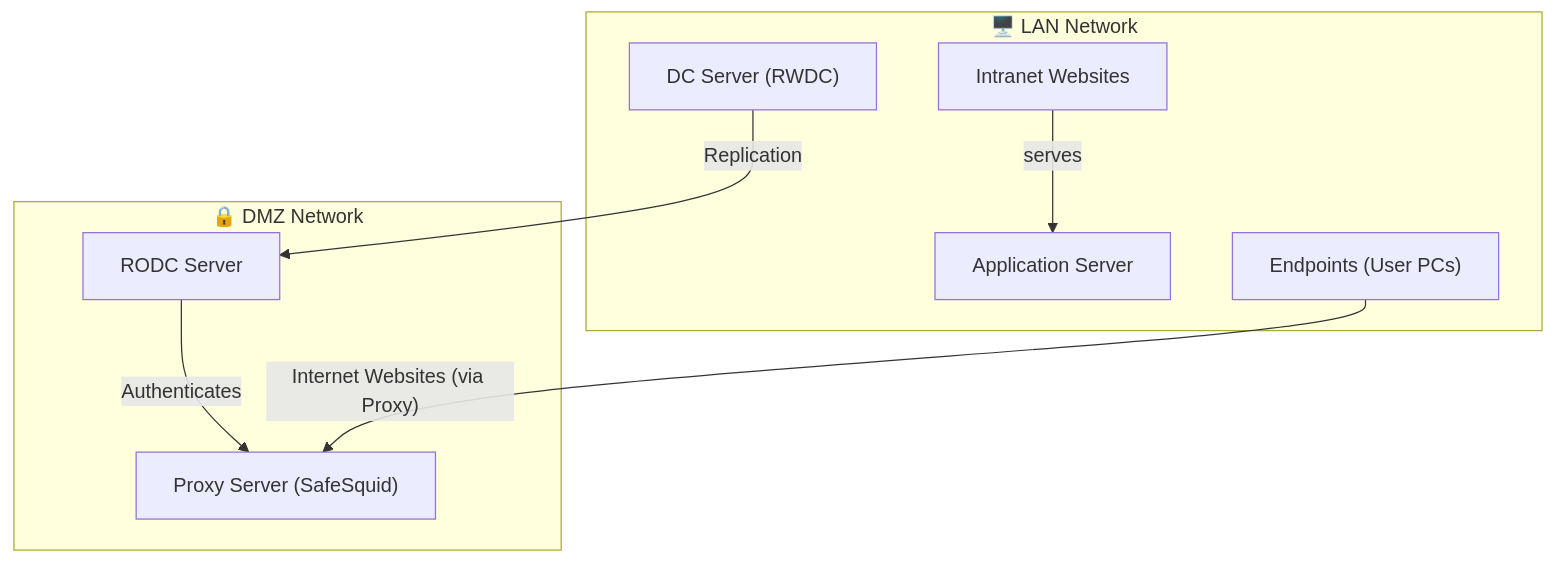
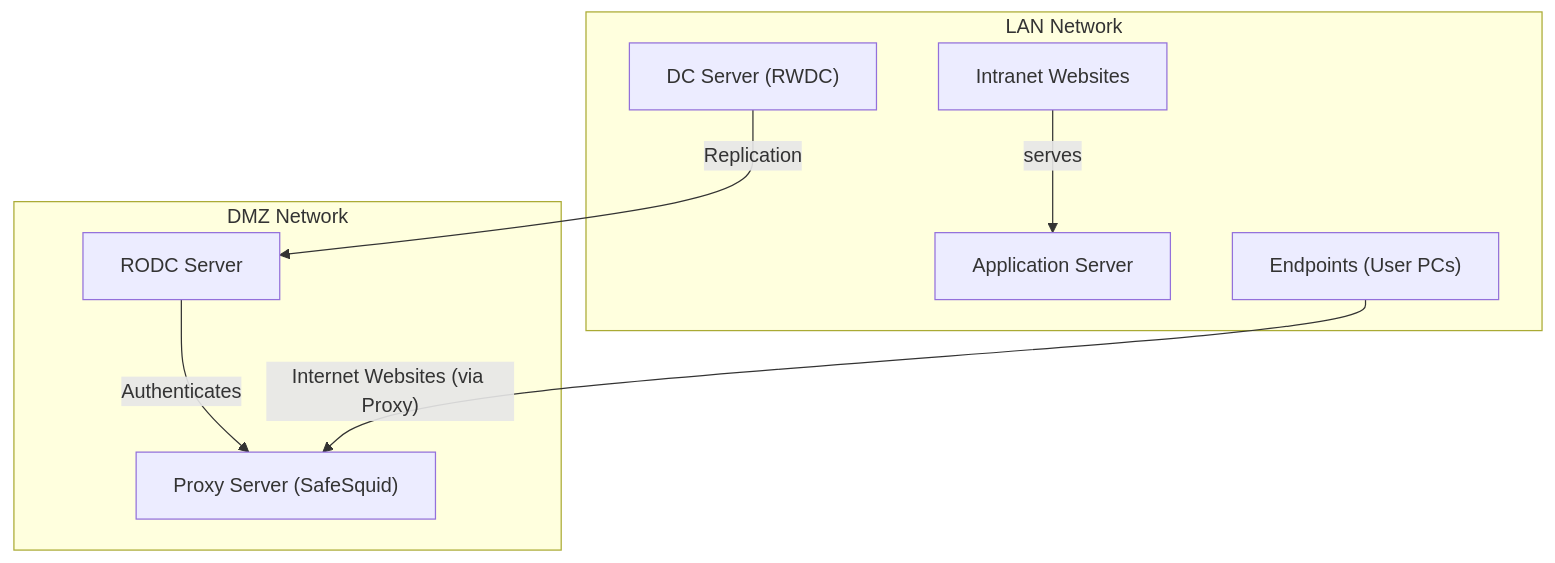
One commit to SafeSquid-Github/docs changed the first of 2 diagrams in docs/04-Authentication/03-Directory_Services/01-Active_Directory/04-Configure_Kerberos_Authentication_With_RODC.md. Above: the diagram before and after it, drawn with Mermaid. The commit also changed other lines of this file, not shown here.

````diff
--- a/docs/04-Authentication/03-Directory_Services/01-Active_Directory/04-Configure_Kerberos_Authentication_With_RODC.md
+++ b/docs/04-Authentication/03-Directory_Services/01-Active_Directory/04-Configure_Kerberos_Authentication_With_RODC.md
@@ -41,19 +74,19 @@
 ```mermaid
 flowchart TD
-    subgraph LAN["🖥️ LAN Network"]
+    subgraph LAN["LAN Network"]
         Intranet["Intranet Websites"]
         AppServer["Application Server"]
         Endpoints["Endpoints (User PCs)"]
         RWDC["DC Server (RWDC)"]
         Intranet -->|serves| AppServer
     end
 
-    subgraph DMZ["🔒 DMZ Network"]
+    subgraph DMZ["DMZ Network"]
         RODC["RODC Server"]
         SafeSquid["Proxy Server (SafeSquid)"]
     end
 
     RWDC -->|"Replication"| RODC
     RODC -->|"Authenticates"| SafeSquid
     Endpoints -->|"Internet Websites (via Proxy)"| SafeSquid
 ```
````
